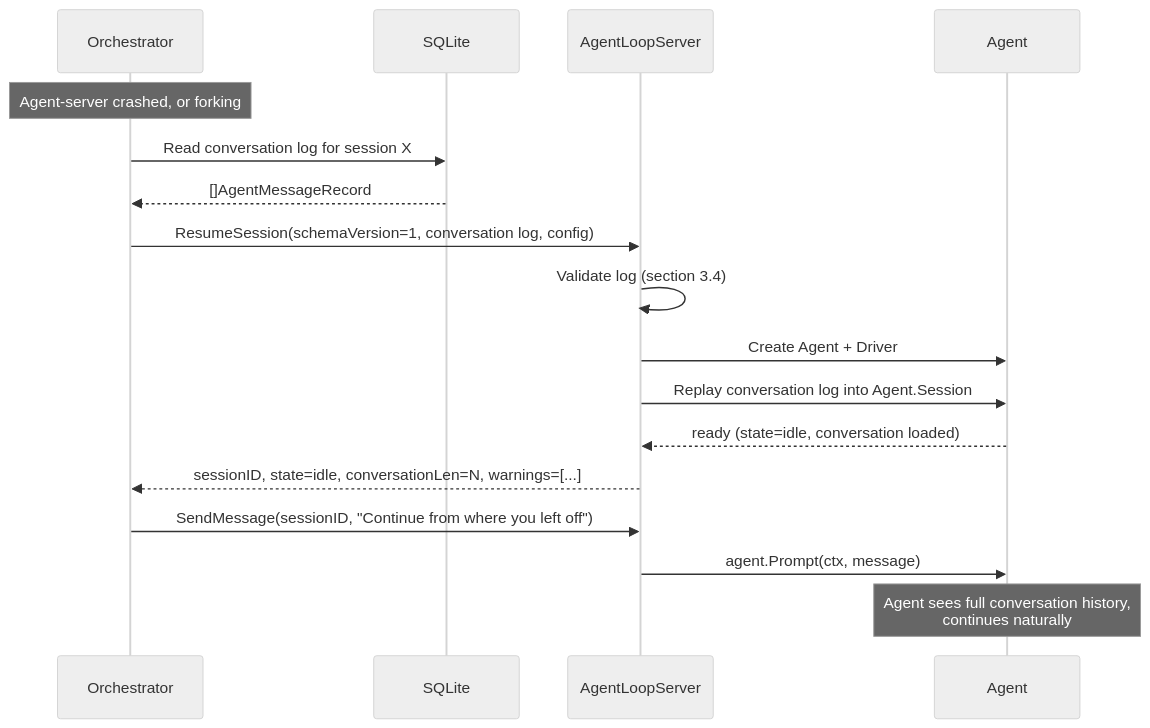
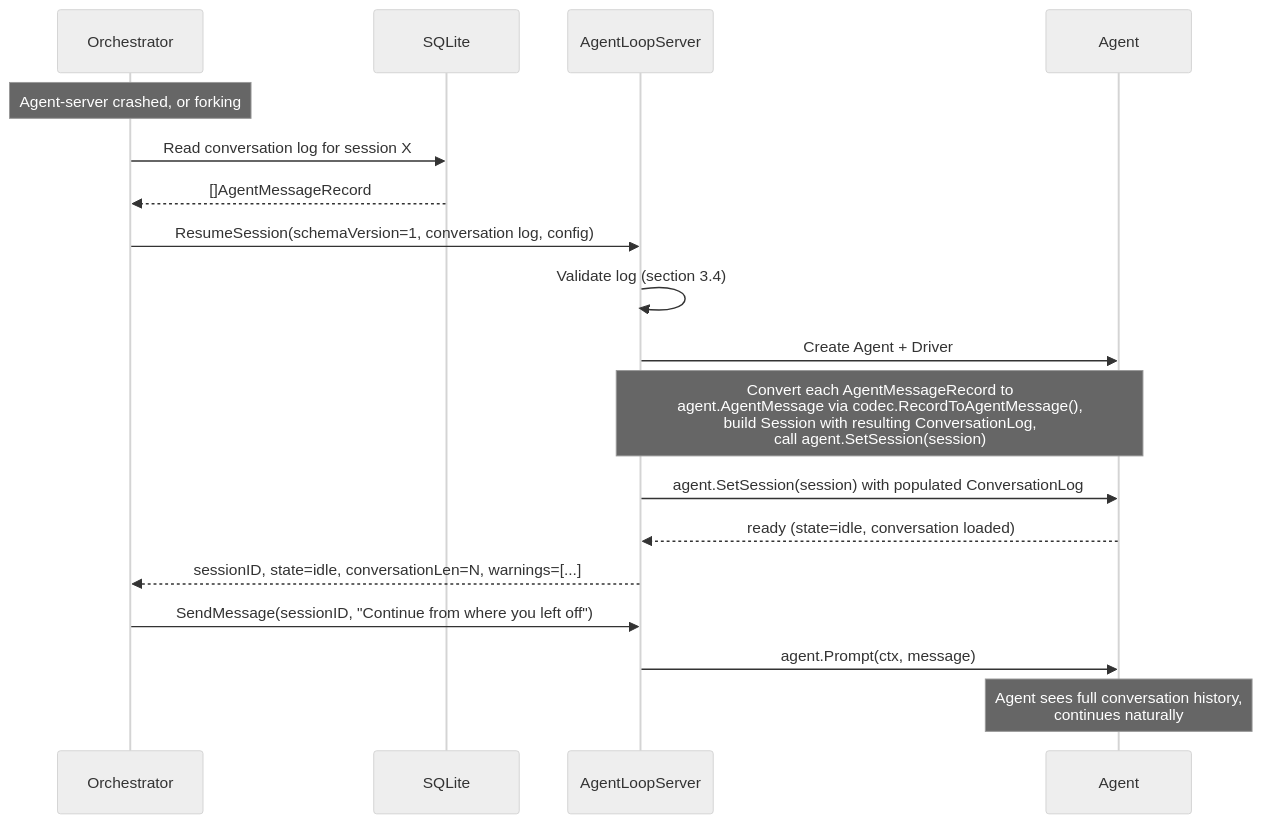
One commit to dcosson/flex-agent-runtime changed the sixth of 8 diagrams in docs/plans/18-agent-loop-rpc.md. Above: the diagram before and after it, drawn with Mermaid (neutral theme). The commit also changed other lines of this file and 2 other files, not shown here.

First line of the commit message:
Incorporate R2 review feedback into agent loop RPC plan (18)

````diff
--- a/docs/plans/18-agent-loop-rpc.md
+++ b/docs/plans/18-agent-loop-rpc.md
@@ -901,22 +952,23 @@
 ```mermaid
 sequenceDiagram
     participant O as Orchestrator
     participant DB as SQLite
     participant AS as AgentLoopServer
     participant A as Agent
 
     Note over O: Agent-server crashed, or forking
     O->>DB: Read conversation log for session X
     DB-->>O: []AgentMessageRecord
 
     O->>AS: ResumeSession(schemaVersion=1, conversation log, config)
     AS->>AS: Validate log (section 3.4)
     AS->>A: Create Agent + Driver
-    AS->>A: Replay conversation log into Agent.Session
+    Note over AS,A: Convert each AgentMessageRecord to<br/>agent.AgentMessage via codec.RecordToAgentMessage(),<br/>build Session with resulting ConversationLog,<br/>call agent.SetSession(session)
+    AS->>A: agent.SetSession(session) with populated ConversationLog
     A-->>AS: ready (state=idle, conversation loaded)
     AS-->>O: sessionID, state=idle, conversationLen=N, warnings=[...]
 
     O->>AS: SendMessage(sessionID, "Continue from where you left off")
     AS->>A: agent.Prompt(ctx, message)
     Note over A: Agent sees full conversation history,<br/>continues naturally
 ```
````
